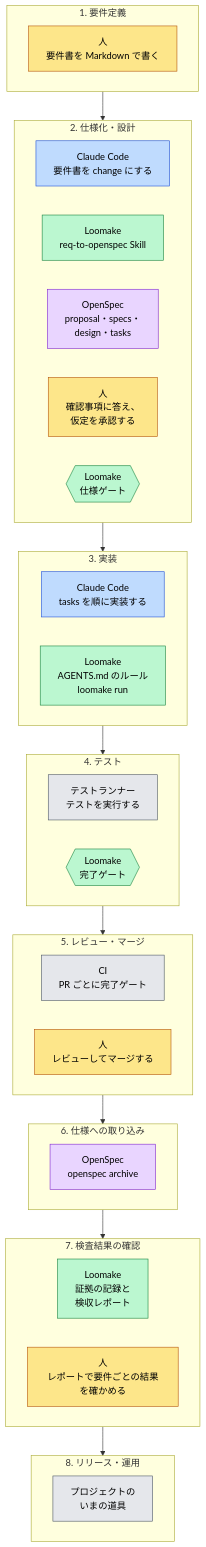
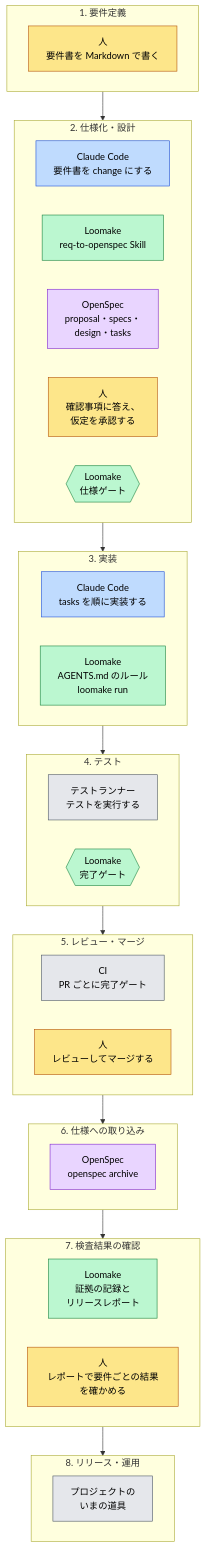
Before and after one commit to loomake/loomake: the first of 2 diagrams in docs/positioning.md, drawn with Mermaid. The commit also changed other lines of this file and 31 other files, not shown here.

````diff
--- a/docs/positioning.md
+++ b/docs/positioning.md
@@ -26,56 +26,56 @@
 ```mermaid
 flowchart TB
   subgraph S1["1. 要件定義"]
     direction LR
     s1h["人<br>要件書を Markdown で書く"]
   end
   subgraph S2["2. 仕様化・設計"]
     direction LR
     s2a["Claude Code<br>要件書を change にする"]
     s2l["Loomake<br>req-to-openspec Skill"]
     s2o["OpenSpec<br>proposal・specs・<br>design・tasks"]
     s2h["人<br>確認事項に答え、<br>仮定を承認する"]
     s2g{{"Loomake<br>仕様ゲート"}}
   end
   subgraph S3["3. 実装"]
     direction LR
     s3a["Claude Code<br>tasks を順に実装する"]
     s3l["Loomake<br>AGENTS.md のルール<br>loomake run"]
   end
   subgraph S4["4. テスト"]
     direction LR
     s4t["テストランナー<br>テストを実行する"]
     s4g{{"Loomake<br>完了ゲート"}}
   end
   subgraph S5["5. レビュー・マージ"]
     direction LR
     s5c["CI<br>PR ごとに完了ゲート"]
     s5h["人<br>レビューしてマージする"]
   end
   subgraph S6["6. 仕様への取り込み"]
     direction LR
     s6o["OpenSpec<br>openspec archive"]
   end
   subgraph S7["7. 検査結果の確認"]
     direction LR
-    s7l["Loomake<br>証拠の記録と<br>検収レポート"]
+    s7l["Loomake<br>証拠の記録と<br>リリースレポート"]
     s7h["人<br>レポートで要件ごとの結果を確かめる"]
   end
   subgraph S8["8. リリース・運用"]
     direction LR
     s8x["プロジェクトの<br>いまの道具"]
   end
 
   S1 --> S2 --> S3 --> S4 --> S5 --> S6 --> S7 --> S8
 
   classDef human fill:#fde68a,stroke:#b45309,color:#000
   classDef agent fill:#bfdbfe,stroke:#1d4ed8,color:#000
   classDef openspec fill:#e9d5ff,stroke:#7e22ce,color:#000
   classDef loomake fill:#bbf7d0,stroke:#15803d,color:#000
   classDef other fill:#e5e7eb,stroke:#4b5563,color:#000
   class s1h,s2h,s5h,s7h human
   class s2a,s3a agent
   class s2o,s6o openspec
   class s2l,s2g,s3l,s4g,s7l loomake
   class s4t,s5c,s8x other
 ```
````
